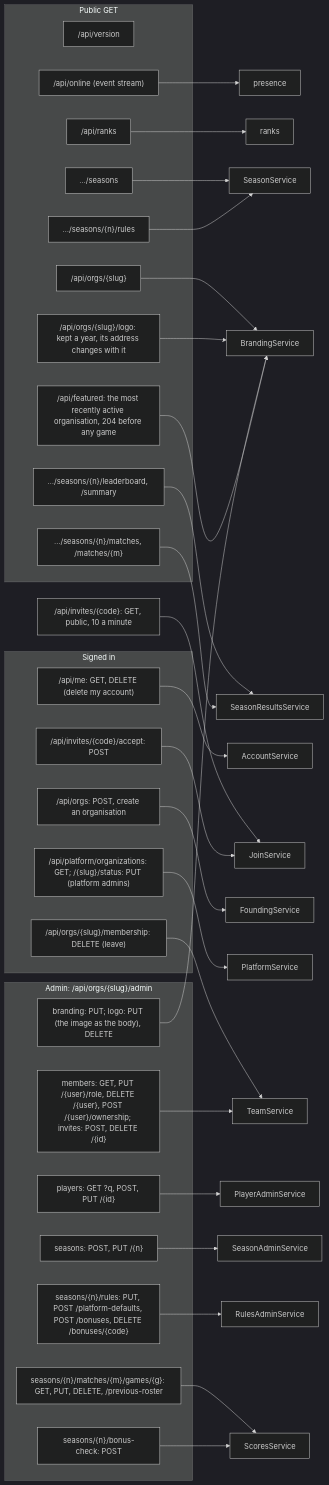
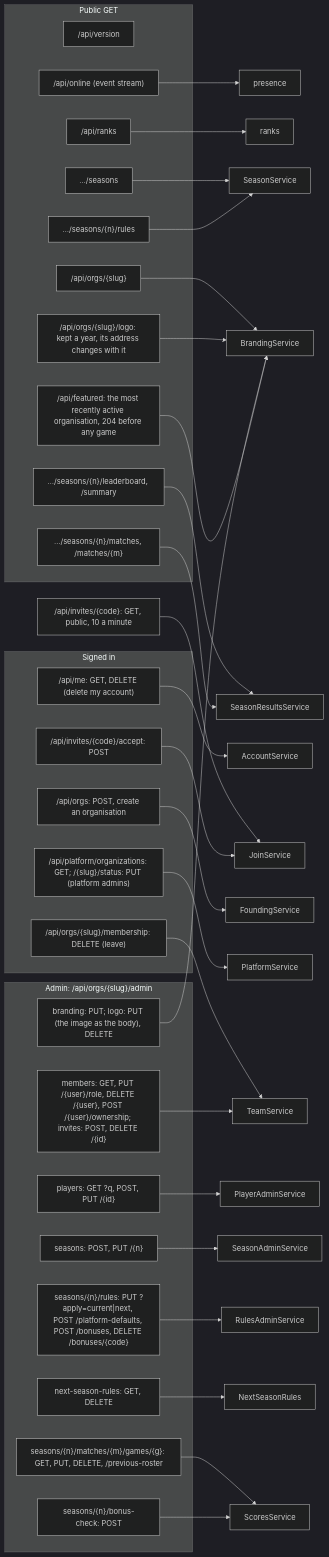
Before and after one commit to irmahs-labs/tournament-leaderboard: the fourth of 7 diagrams in docs/context-graph.md, drawn with Mermaid (dark theme). The commit also changed other lines of this file and 20 other files, not shown here.

First line of the commit message:
feat: rules for the next season only

````diff
--- a/docs/context-graph.md
+++ b/docs/context-graph.md
@@ -96,48 +96,50 @@
 ```mermaid
 flowchart LR
     subgraph public[Public GET]
         v["/api/version"]
         on["/api/online (event stream)"]
         r["/api/ranks"]
         fe["/api/featured: the most recently active organisation, 204 before any game"]
         o["/api/orgs/{slug}"]
         lo["/api/orgs/{slug}/logo: kept a year, its address changes with it"]
         sl["…/seasons"]
         sr["…/seasons/{n}/rules"]
         lb["…/seasons/{n}/leaderboard, /summary"]
         ml["…/seasons/{n}/matches, /matches/{m}"]
     end
     subgraph signedin[Signed in]
         me["/api/me: GET, DELETE (delete my account)"]
         lv["/api/orgs/{slug}/membership: DELETE (leave)"]
         acc["/api/invites/{code}/accept: POST"]
         fo["/api/orgs: POST, create an organisation"]
         pl["/api/platform/organizations: GET; /{slug}/status: PUT (platform admins)"]
     end
     jv["/api/invites/{code}: GET, public, 10 a minute"]
     subgraph admin["Admin: /api/orgs/{slug}/admin"]
         ap["players: GET ?q, POST, PUT /{id}"]
         br["branding: PUT; logo: PUT (the image as the body), DELETE"]
         tm["members: GET, PUT /{user}/role, DELETE /{user}, POST /{user}/ownership; invites: POST, DELETE /{id}"]
         as["seasons: POST, PUT /{n}"]
-        ru["seasons/{n}/rules: PUT, POST /platform-defaults, POST /bonuses, DELETE /bonuses/{code}"]
+        ru["seasons/{n}/rules: PUT ?apply=current|next, POST /platform-defaults, POST /bonuses, DELETE /bonuses/{code}"]
+        nx["next-season-rules: GET, DELETE"]
         sc["seasons/{n}/matches/{m}/games/{g}: GET, PUT, DELETE, /previous-roster"]
         bc["seasons/{n}/bonus-check: POST"]
     end
     r --> ranks
     on --> presence
     o & lo & br --> BrandingService
     sl & sr --> SeasonService
     lb & ml --> SeasonResultsService
     me --> AccountService
     lv --> TeamService
     fe --> BrandingService
     fo --> FoundingService
     pl --> PlatformService
     tm --> TeamService
     jv & acc --> JoinService
     ap --> PlayerAdminService
     as --> SeasonAdminService
     sc & bc --> ScoresService
     ru --> RulesAdminService
+    nx --> NextSeasonRules
 ```
````
